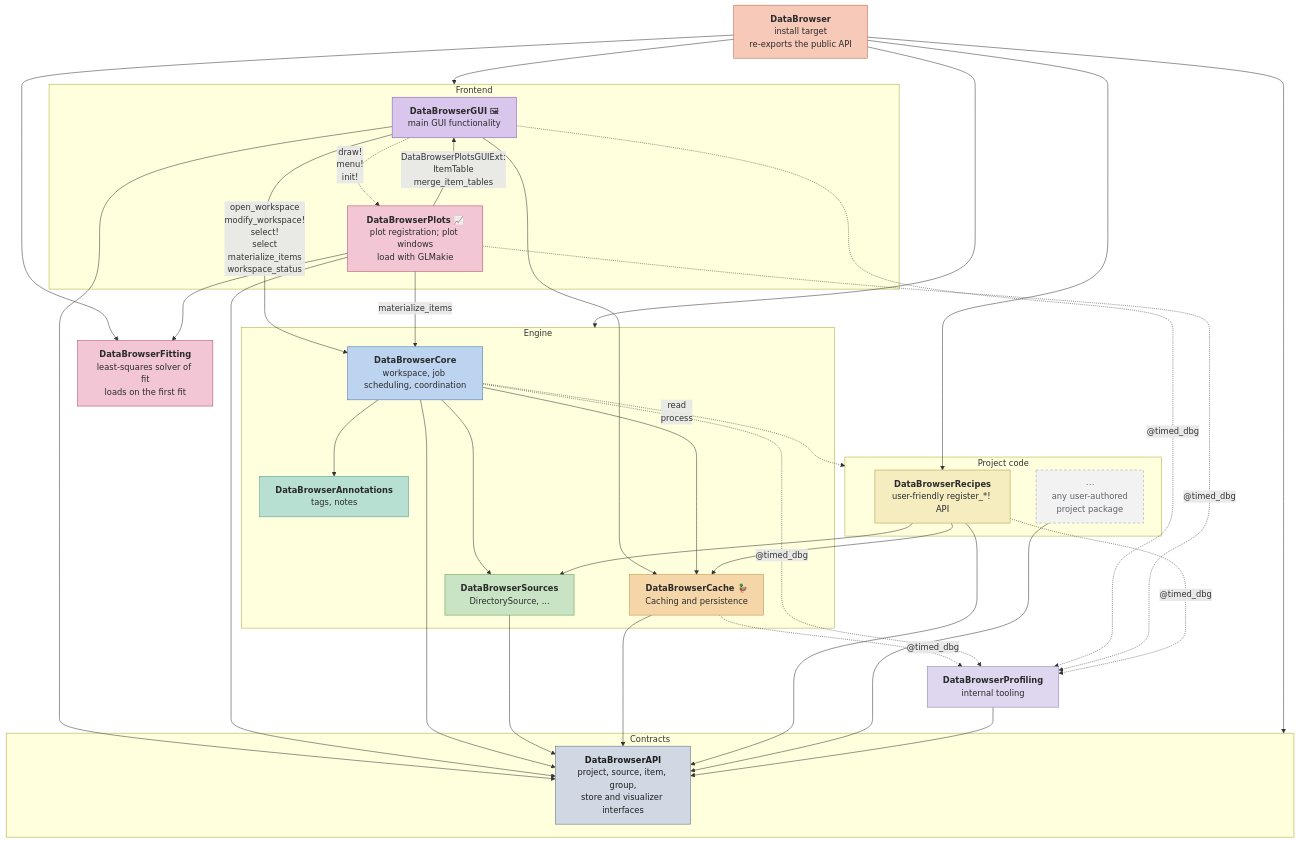
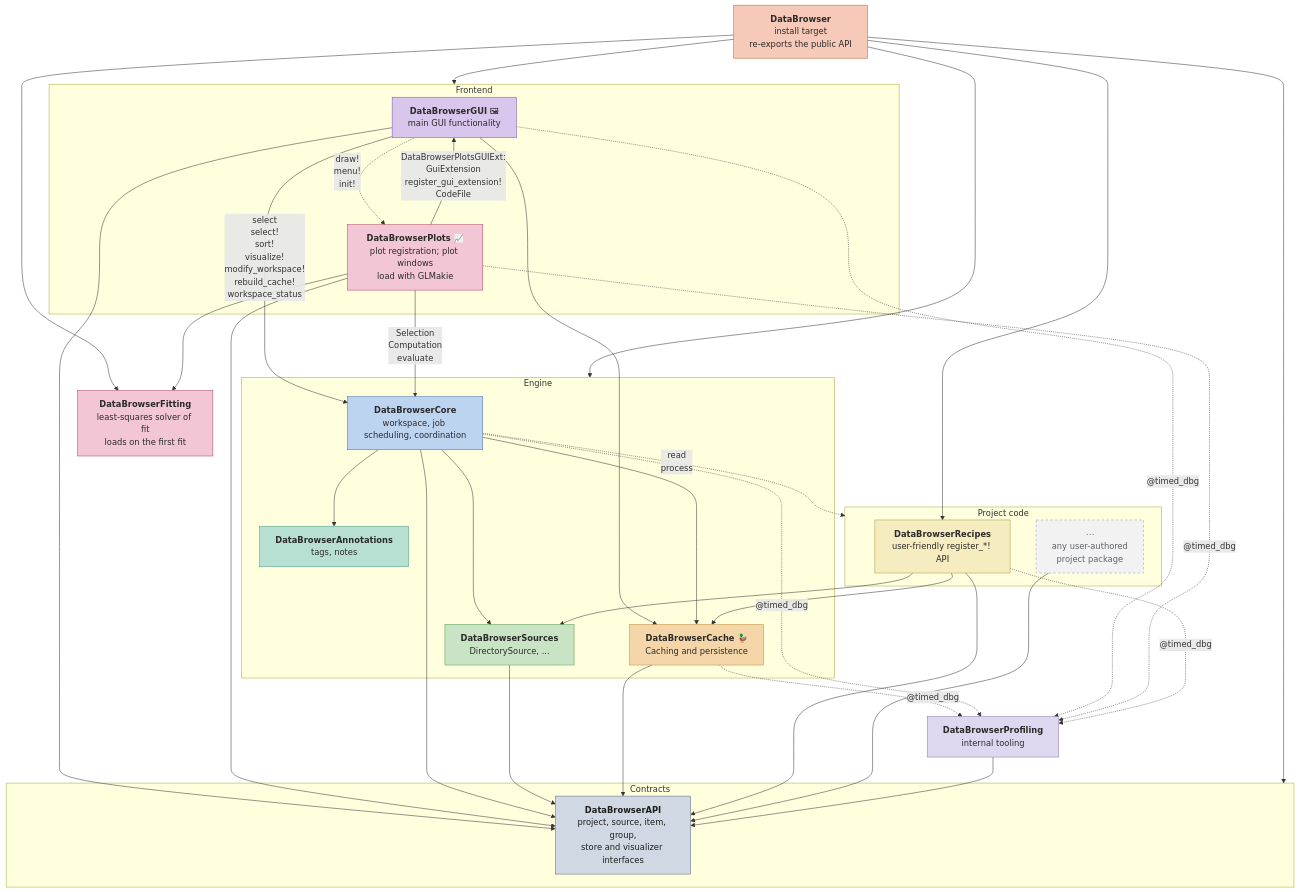
The first of 4 diagrams in docs/ARCHITECTURE.md (digiefel/DataBrowser), drawn with Mermaid before and after one commit. The commit also changed other lines of this file and 2 other files, not shown here.

First line of the commit message:
Make ARCHITECTURE match the code: when process rows appear, the arrows of the package map, the tree, and the missing summaries of opening, failures, code changes, stores, selections, visualizers and the browser

```diff
--- a/docs/ARCHITECTURE.md
+++ b/docs/ARCHITECTURE.md
@@ -56,11 +56,11 @@
     db --> engine
     db --> fitting
     db --> contracts
-    gui -->|"open_workspace<br/>modify_workspace!<br/>select!<br/>select<br/>materialize_items<br/>workspace_status"| core
+    gui -->|"select<br/>select!<br/>sort!<br/>visualize!<br/>modify_workspace!<br/>rebuild_cache!<br/>workspace_status"| core
     gui --> cache
     gui --> api
-    plots -->|"DataBrowserPlotsGUIExt:<br/>ItemTable<br/>merge_item_tables"| gui
-    plots -->|"materialize_items"| core
+    plots -->|"DataBrowserPlotsGUIExt:<br/>GuiExtension<br/>register_gui_extension!<br/>CodeFile"| gui
+    plots -->|"Selection<br/>Computation<br/>evaluate"| core
     plots --> fitting
     plots --> api
     core --> src
```
